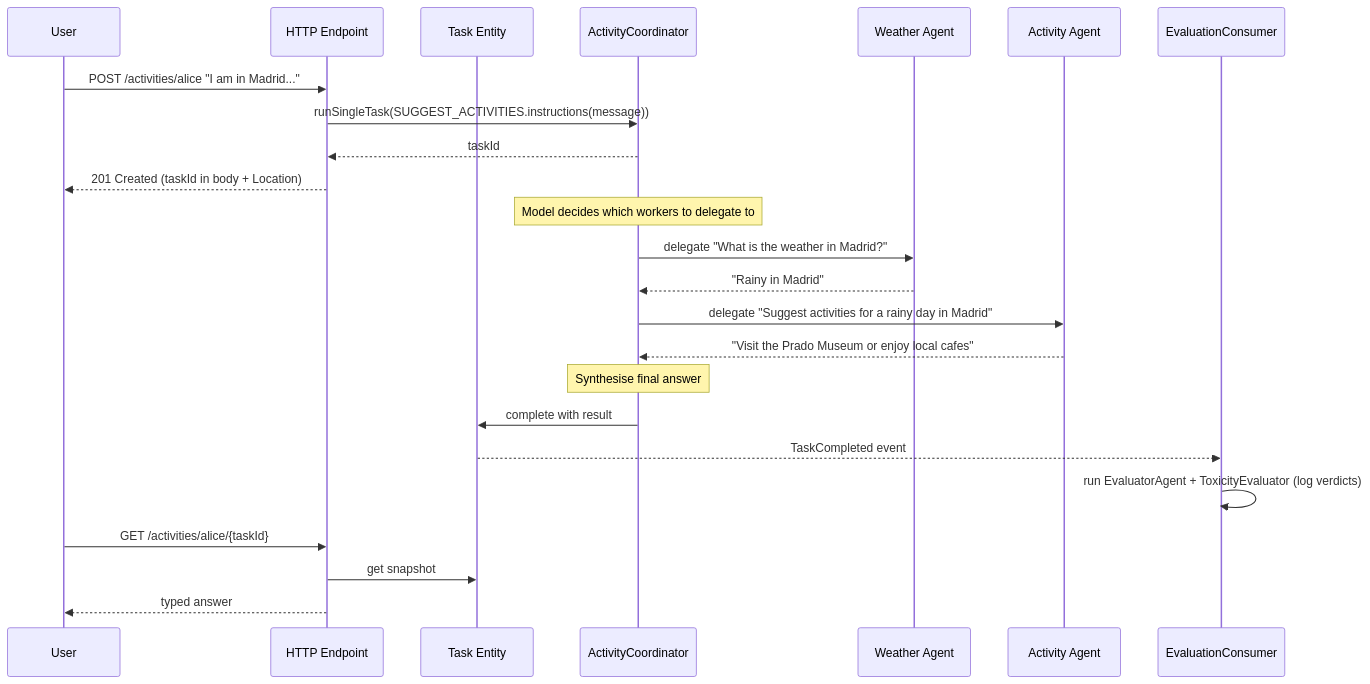
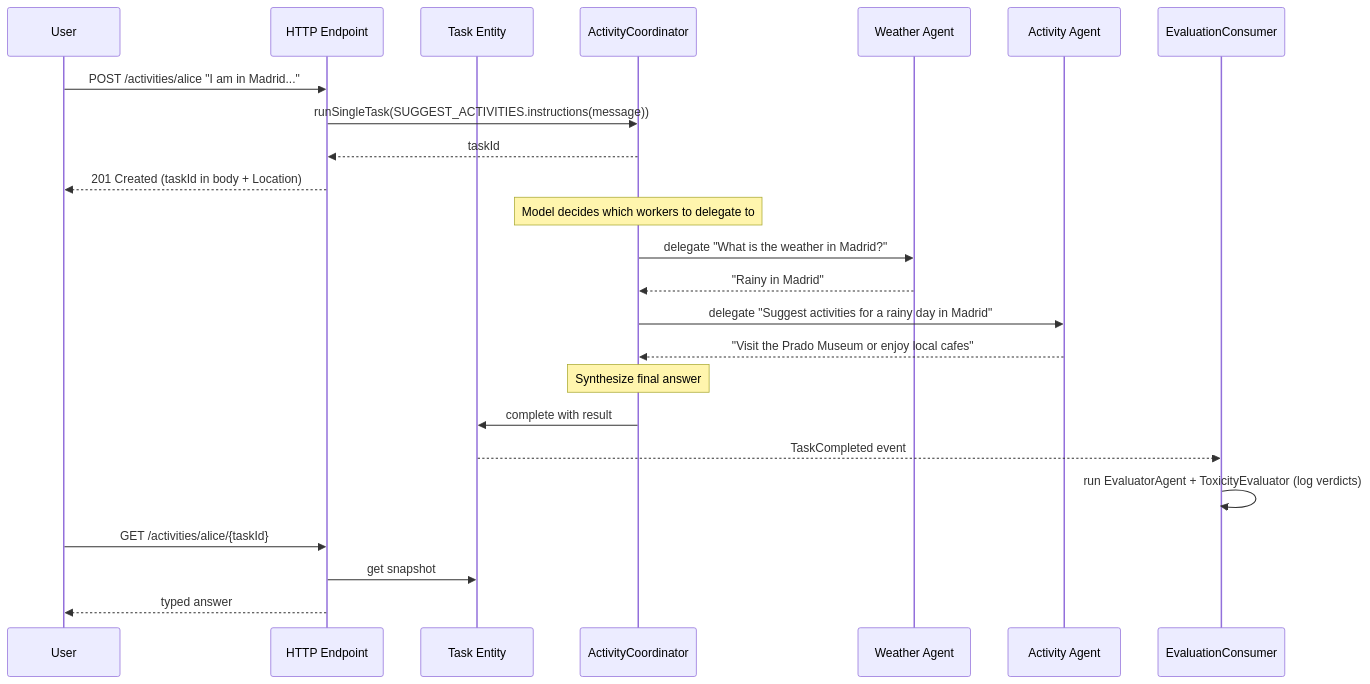
One commit to akka/akka-sdk changed the diagram in samples/multi-agent/README.md. Above: the diagram before and after it, drawn with Mermaid. The commit also changed other lines of this file and 26 other files, not shown here.

````diff
--- a/samples/multi-agent/README.md
+++ b/samples/multi-agent/README.md
@@ -32,33 +32,33 @@
 ```mermaid
 sequenceDiagram
     participant User
     participant HTTPEndpoint as HTTP Endpoint
     participant Task as Task Entity
     participant Coordinator as ActivityCoordinator
     participant WeatherAgent as Weather Agent
     participant ActivityAgent as Activity Agent
     participant EvalConsumer as EvaluationConsumer
 
     User->>HTTPEndpoint: POST /activities/alice "I am in Madrid..."
     HTTPEndpoint->>Coordinator: runSingleTask(SUGGEST_ACTIVITIES.instructions(message))
     Coordinator-->>HTTPEndpoint: taskId
     HTTPEndpoint-->>User: 201 Created (taskId in body + Location)
 
     Note over Coordinator: Model decides which workers to delegate to
 
     Coordinator->>WeatherAgent: delegate "What is the weather in Madrid?"
     WeatherAgent-->>Coordinator: "Rainy in Madrid"
 
     Coordinator->>ActivityAgent: delegate "Suggest activities for a rainy day in Madrid"
     ActivityAgent-->>Coordinator: "Visit the Prado Museum or enjoy local cafes"
 
-    Note over Coordinator: Synthesise final answer
+    Note over Coordinator: Synthesize final answer
     Coordinator->>Task: complete with result
 
     Task-->>EvalConsumer: TaskCompleted event
     EvalConsumer->>EvalConsumer: run EvaluatorAgent + ToxicityEvaluator (log verdicts)
 
     User->>HTTPEndpoint: GET /activities/alice/{taskId}
     HTTPEndpoint->>Task: get snapshot
     HTTPEndpoint-->>User: typed answer
 ```
````
